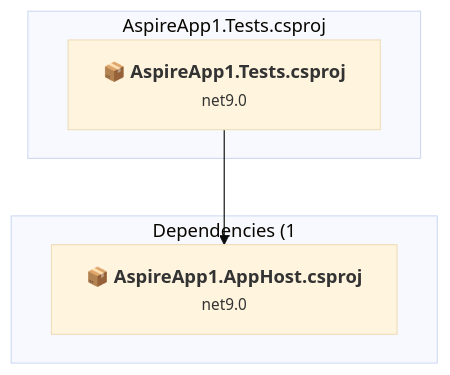
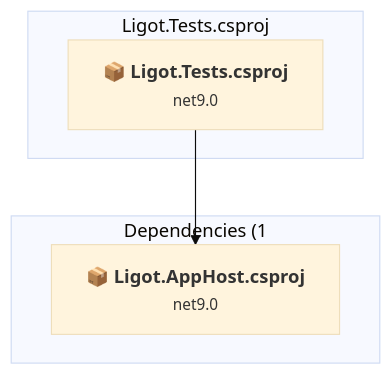
The sixth of 7 diagrams in .github/upgrades/assessment.md (TomizawaAtLogit/MyCRM), drawn with Mermaid (base theme) before and after one commit. The commit also changed other lines of this file and 559 other files, not shown here.

Commit message:
Rename AspireApp1 → Ligot: projects, namespaces, solution, docs

````diff
--- a/.github/upgrades/assessment.md
+++ b/.github/upgrades/assessment.md
@@ -376,13 +376,13 @@
 ```mermaid
 flowchart TB
-    subgraph current["AspireApp1.Tests.csproj"]
-        MAIN["<b>📦&nbsp;AspireApp1.Tests.csproj</b><br/><small>net9.0</small>"]
-        click MAIN "#aspireapp1testsaspireapp1testscsproj"
+    subgraph current["Ligot.Tests.csproj"]
+        MAIN["<b>📦&nbsp;Ligot.Tests.csproj</b><br/><small>net9.0</small>"]
+        click MAIN "#LigottestsLigottestscsproj"
     end
     subgraph downstream["Dependencies (1"]
-        P1["<b>📦&nbsp;AspireApp1.AppHost.csproj</b><br/><small>net9.0</small>"]
-        click P1 "#aspireapp1apphostaspireapp1apphostcsproj"
+        P1["<b>📦&nbsp;Ligot.AppHost.csproj</b><br/><small>net9.0</small>"]
+        click P1 "#LigotapphostLigotapphostcsproj"
     end
     MAIN --> P1
 
 ```
````
